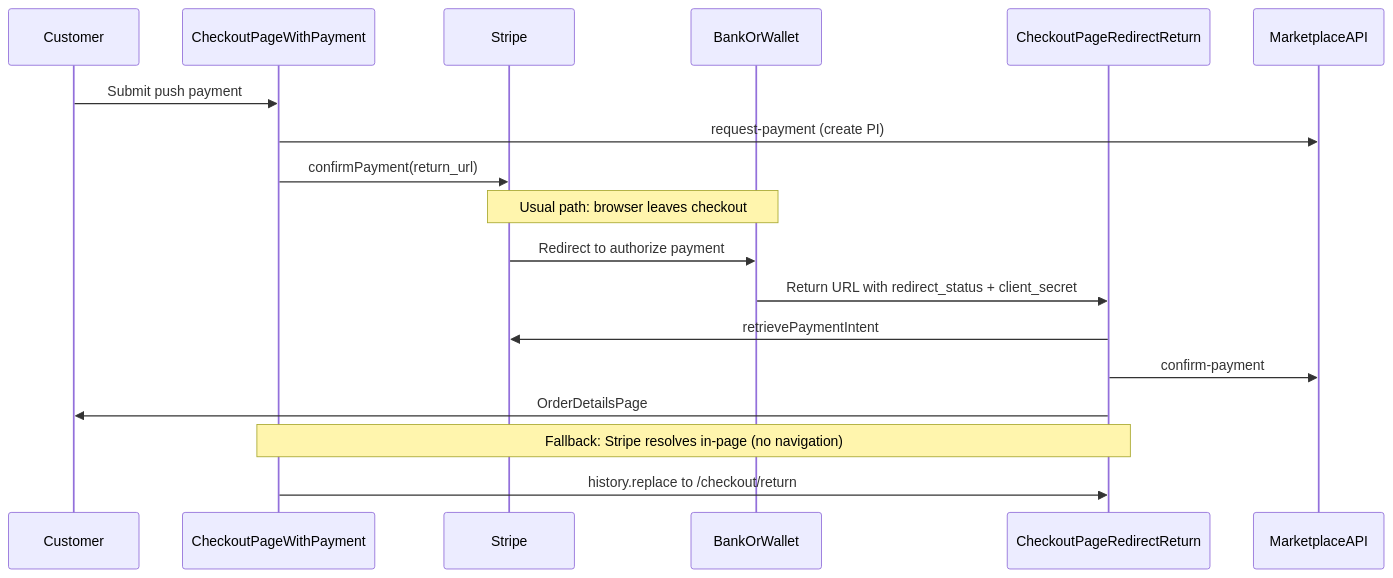
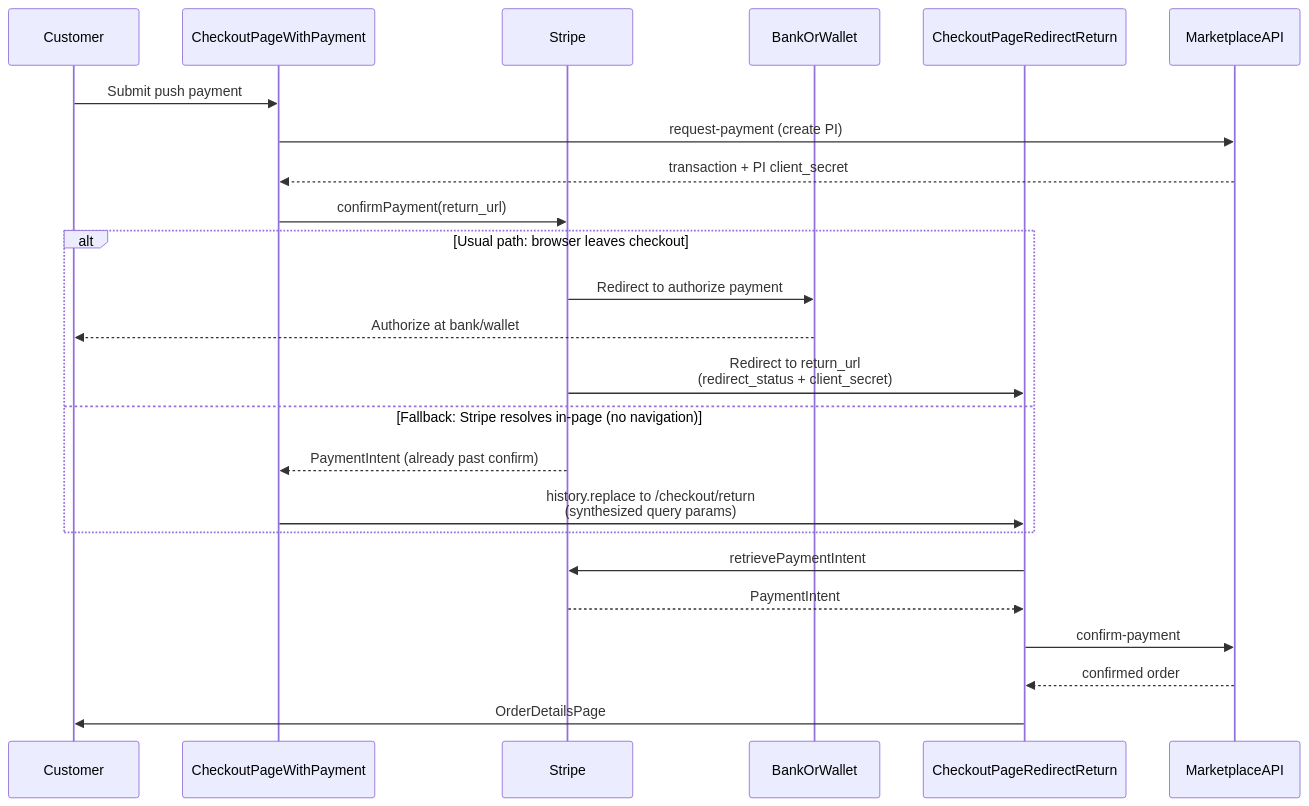
The diagram in src/containers/CheckoutPage/CheckoutPageRedirectReturn/README.md (sharetribe/web-template), drawn with Mermaid before and after one commit. The commit also changed other lines of this file, not shown here.

Commit message:
Update diagram

````diff
--- a/src/containers/CheckoutPage/CheckoutPageRedirectReturn/README.md
+++ b/src/containers/CheckoutPage/CheckoutPageRedirectReturn/README.md
@@ -44,22 +44,29 @@
 ```mermaid
 sequenceDiagram
   participant Customer
   participant Checkout as CheckoutPageWithPayment
   participant Stripe
   participant Bank as BankOrWallet
   participant Return as CheckoutPageRedirectReturn
   participant MP as MarketplaceAPI
 
   Customer->>Checkout: Submit push payment
   Checkout->>MP: request-payment (create PI)
+  MP-->>Checkout: transaction + PI client_secret
   Checkout->>Stripe: confirmPayment(return_url)
-  Note over Stripe,Bank: Usual path: browser leaves checkout
-  Stripe->>Bank: Redirect to authorize payment
-  Bank->>Return: Return URL with redirect_status + client_secret
+
+  alt Usual path: browser leaves checkout
+    Stripe->>Bank: Redirect to authorize payment
+    Bank-->>Customer: Authorize at bank/wallet
+    Stripe->>Return: Redirect to return_url<br/>(redirect_status + client_secret)
+  else Fallback: Stripe resolves in-page (no navigation)
+    Stripe-->>Checkout: PaymentIntent (already past confirm)
+    Checkout->>Return: history.replace to /checkout/return<br/>(synthesized query params)
+  end
+
   Return->>Stripe: retrievePaymentIntent
+  Stripe-->>Return: PaymentIntent
   Return->>MP: confirm-payment
+  MP-->>Return: confirmed order
   Return->>Customer: OrderDetailsPage
-
-  Note over Checkout,Return: Fallback: Stripe resolves in-page (no navigation)
-  Checkout->>Return: history.replace to /checkout/return
 ```
````
